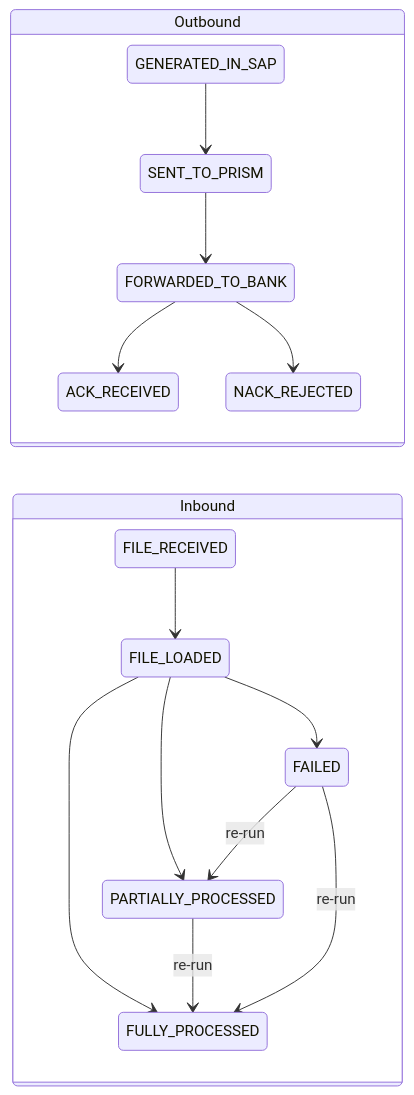
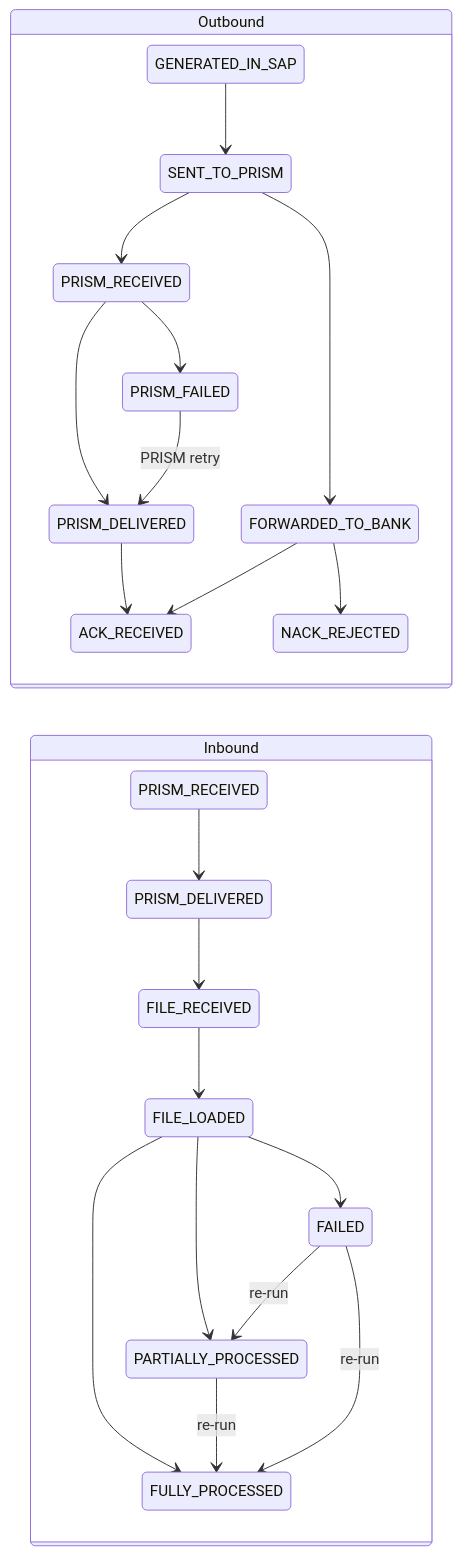
One commit to jaideep247/bai changed the first of 2 diagrams in ops-suite/docs/FMON_FILE_MONITORING.md. Above: the diagram before and after it, drawn with Mermaid. The commit also changed other lines of this file and 8 other files, not shown here.

````diff
--- a/ops-suite/docs/FMON_FILE_MONITORING.md
+++ b/ops-suite/docs/FMON_FILE_MONITORING.md
@@ -27,19 +27,28 @@
 ```mermaid
 stateDiagram-v2
     direction LR
     state Outbound {
         GENERATED_IN_SAP --> SENT_TO_PRISM
+        SENT_TO_PRISM --> PRISM_RECEIVED
+        PRISM_RECEIVED --> PRISM_DELIVERED
+        PRISM_RECEIVED --> PRISM_FAILED
+        PRISM_FAILED --> PRISM_DELIVERED : PRISM retry
         SENT_TO_PRISM --> FORWARDED_TO_BANK
+        PRISM_DELIVERED --> ACK_RECEIVED
         FORWARDED_TO_BANK --> ACK_RECEIVED
         FORWARDED_TO_BANK --> NACK_REJECTED
     }
     state Inbound {
+        PRISM_RECEIVED_I : PRISM_RECEIVED
+        PRISM_DELIVERED_I : PRISM_DELIVERED
+        PRISM_RECEIVED_I --> PRISM_DELIVERED_I
+        PRISM_DELIVERED_I --> FILE_RECEIVED
         FILE_RECEIVED --> FILE_LOADED
         FILE_LOADED --> FULLY_PROCESSED
         FILE_LOADED --> PARTIALLY_PROCESSED
         FILE_LOADED --> FAILED
         FAILED --> PARTIALLY_PROCESSED : re-run
         FAILED --> FULLY_PROCESSED : re-run
         PARTIALLY_PROCESSED --> FULLY_PROCESSED : re-run
     }
 ```
````
